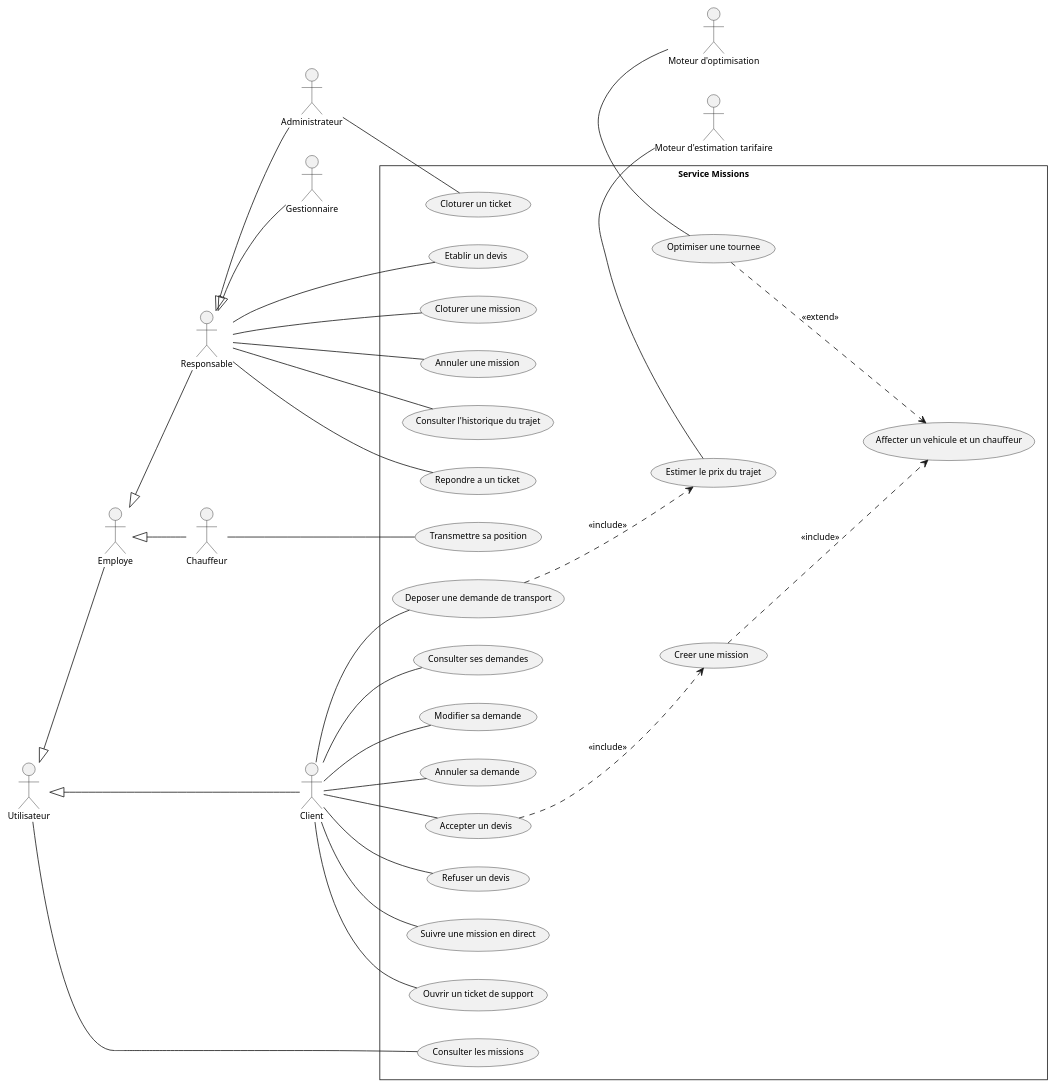
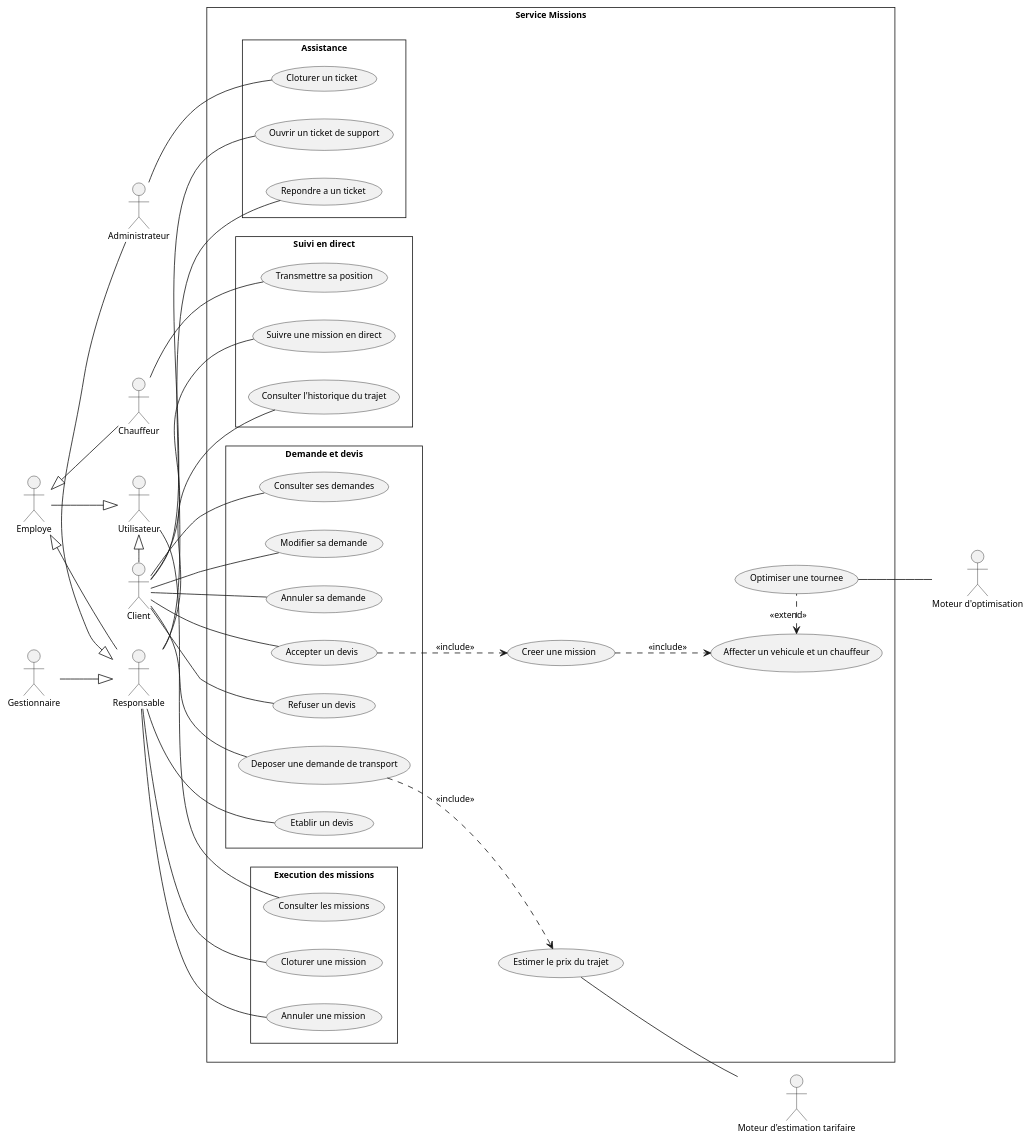
Before and after one commit to saber-barhoumi/Xpark-gmao: the diagram in docs/diagrams/microservices/Mission/Mission-usecase.puml, drawn with PlantUML. The commit also changed 12 other files, not shown here.

```diff
--- a/docs/diagrams/microservices/Mission/Mission-usecase.puml
+++ b/docs/diagrams/microservices/Mission/Mission-usecase.puml
@@ -1,82 +1,91 @@
 @startuml
 skinparam style strictuml
 skinparam packageStyle rectangle
 skinparam shadowing false
 skinparam defaultFontName Verdana
 skinparam defaultFontSize 11
 skinparam backgroundColor #FFFFFF
 left to right direction
 
-' Acteurs principaux, empiles a gauche du plus general au plus specialise
+' Acteurs, alignes a gauche : les porteurs d'associations sont
+' accoles a la frontiere, les acteurs structurels a leur gauche
 actor "Utilisateur" as Utilisateur
 actor "Employe" as Employe
 actor "Responsable" as Responsable
 actor "Administrateur" as Administrateur
 actor "Gestionnaire" as Gestionnaire
 actor "Chauffeur" as Chauffeur
 actor "Client" as Client
 
 ' Generalisation : triangle creux, de l'enfant vers le parent
-Employe -up-|> Utilisateur
-Client -up-|> Utilisateur
-Administrateur -up-|> Responsable
-Gestionnaire -up-|> Responsable
+Employe -down-|> Utilisateur
+Client -left-|> Utilisateur
 Responsable -up-|> Employe
+Administrateur -left-|> Responsable
+Gestionnaire -down-|> Responsable
 Chauffeur -up-|> Employe
 
 rectangle "Service Missions" {
-  usecase "Consulter les missions" as UC_Consulter_les_missions
-  usecase "Etablir un devis" as UC_Etablir_un_devis
+  package "Demande et devis" {
+    usecase "Etablir un devis" as UC_Etablir_un_devis
+    usecase "Deposer une demande de transport" as UC_Deposer_une_demande_de_transport
+    usecase "Consulter ses demandes" as UC_Consulter_ses_demandes
+    usecase "Modifier sa demande" as UC_Modifier_sa_demande
+    usecase "Annuler sa demande" as UC_Annuler_sa_demande
+    usecase "Accepter un devis" as UC_Accepter_un_devis
+    usecase "Refuser un devis" as UC_Refuser_un_devis
+  }
+  package "Execution des missions" {
+    usecase "Consulter les missions" as UC_Consulter_les_missions
+    usecase "Cloturer une mission" as UC_Cloturer_une_mission
+    usecase "Annuler une mission" as UC_Annuler_une_mission
+  }
+  package "Suivi en direct" {
+    usecase "Consulter l'historique du trajet" as UC_Consulter_l_historique_du_trajet
+    usecase "Transmettre sa position" as UC_Transmettre_sa_position
+    usecase "Suivre une mission en direct" as UC_Suivre_une_mission_en_direct
+  }
+  package "Assistance" {
+    usecase "Repondre a un ticket" as UC_Repondre_a_un_ticket
+    usecase "Cloturer un ticket" as UC_Cloturer_un_ticket
+    usecase "Ouvrir un ticket de support" as UC_Ouvrir_un_ticket_de_support
+  }
   usecase "Creer une mission" as UC_Creer_une_mission
   usecase "Affecter un vehicule et un chauffeur" as UC_Affecter_un_vehicule_et_un_chauffe
-  usecase "Cloturer une mission" as UC_Cloturer_une_mission
-  usecase "Annuler une mission" as UC_Annuler_une_mission
   usecase "Optimiser une tournee" as UC_Optimiser_une_tournee
-  usecase "Consulter l'historique du trajet" as UC_Consulter_l_historique_du_trajet
-  usecase "Repondre a un ticket" as UC_Repondre_a_un_ticket
-  usecase "Cloturer un ticket" as UC_Cloturer_un_ticket
-  usecase "Transmettre sa position" as UC_Transmettre_sa_position
-  usecase "Deposer une demande de transport" as UC_Deposer_une_demande_de_transport
   usecase "Estimer le prix du trajet" as UC_Estimer_le_prix_du_trajet
-  usecase "Consulter ses demandes" as UC_Consulter_ses_demandes
-  usecase "Modifier sa demande" as UC_Modifier_sa_demande
-  usecase "Annuler sa demande" as UC_Annuler_sa_demande
-  usecase "Accepter un devis" as UC_Accepter_un_devis
-  usecase "Refuser un devis" as UC_Refuser_un_devis
-  usecase "Suivre une mission en direct" as UC_Suivre_une_mission_en_direct
-  usecase "Ouvrir un ticket de support" as UC_Ouvrir_un_ticket_de_support
 }
 
 ' Acteurs secondaires, a droite, hors de la frontiere
 actor "Moteur d'estimation tarifaire" as Estimateur
 actor "Moteur d'optimisation" as Optimiseur
 
 ' Associations : trait continu sans fleche (relation d'association)
 Utilisateur -- UC_Consulter_les_missions
 Responsable -- UC_Etablir_un_devis
 Responsable -- UC_Cloturer_une_mission
 Responsable -- UC_Annuler_une_mission
 Responsable -- UC_Consulter_l_historique_du_trajet
 Responsable -- UC_Repondre_a_un_ticket
 Administrateur -- UC_Cloturer_un_ticket
 Chauffeur -- UC_Transmettre_sa_position
 Client -- UC_Deposer_une_demande_de_transport
 Client -- UC_Consulter_ses_demandes
 Client -- UC_Modifier_sa_demande
 Client -- UC_Annuler_sa_demande
 Client -- UC_Accepter_un_devis
 Client -- UC_Refuser_un_devis
 Client -- UC_Suivre_une_mission_en_direct
 Client -- UC_Ouvrir_un_ticket_de_support
 
-UC_Estimer_le_prix_du_trajet -right- Estimateur
-UC_Optimiser_une_tournee -right- Optimiseur
+UC_Estimer_le_prix_du_trajet -down- Estimateur
+UC_Optimiser_une_tournee -down- Optimiseur
 
 ' << include >> : du cas de base vers le cas obligatoire
 UC_Deposer_une_demande_de_transport ..> UC_Estimer_le_prix_du_trajet : << include >>
 UC_Accepter_un_devis ..> UC_Creer_une_mission : << include >>
 UC_Creer_une_mission ..> UC_Affecter_un_vehicule_et_un_chauffe : << include >>
 ' << extend >> : du cas optionnel vers le cas de base
-UC_Optimiser_une_tournee ..> UC_Affecter_un_vehicule_et_un_chauffe : << extend >>
+UC_Optimiser_une_tournee .left.> UC_Affecter_un_vehicule_et_un_chauffe : << extend >>
 
 @enduml
```
